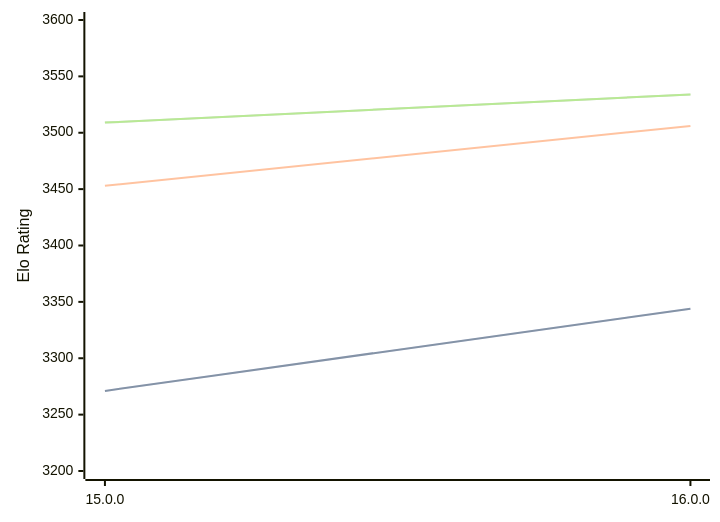
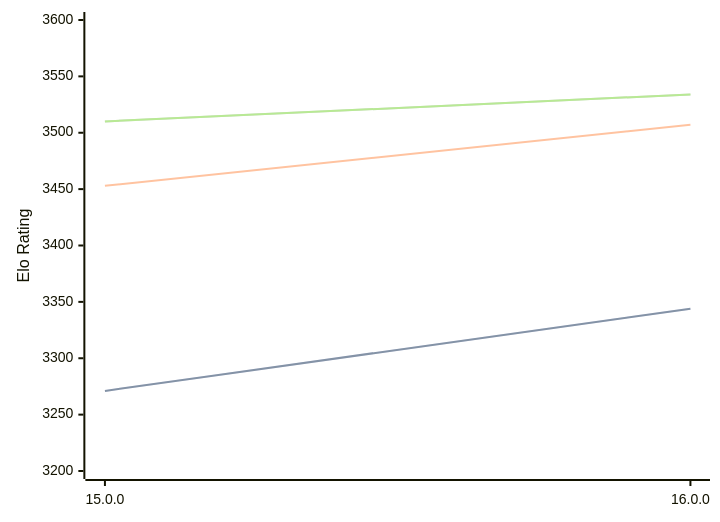
The first of 3 diagrams in engines/Halogen.md (computer-chess-index/cci), drawn with Mermaid before and after one commit. The commit also changed other lines of this file, not shown here.

Commit message:
Update CCI Ratings (ELO VLTC) - 2026-06-15

````diff
--- a/engines/Halogen.md
+++ b/engines/Halogen.md
@@ -50,11 +50,11 @@
 ```mermaid
 %%{init: {"theme":"base","themeVariables":{"seriesColors:['#a3a3a3','#222221','#faa371']}}}%%
 xychart-beta
   x-axis ["15.0.0", "16.0.0"]
   y-axis "Elo Rating" 3200 --> 3600
   line "STC (8.0+0.08s)" [3271, 3344]
   line "STC (8.0+0.08s)" [3271, 3344]
-  line "LTC (60.0+0.60s)" [3453, 3506]
-  line "VLTC (2m24s+1.12s)" [3509, 3534]
-  line "VLTC (2m24s+1.12s)" [3509, 3534]
+  line "LTC (60.0+0.60s)" [3453, 3507]
+  line "VLTC (2m24s+1.12s)" [3510, 3534]
+  line "VLTC (2m24s+1.12s)" [3510, 3534]
 ```
````
